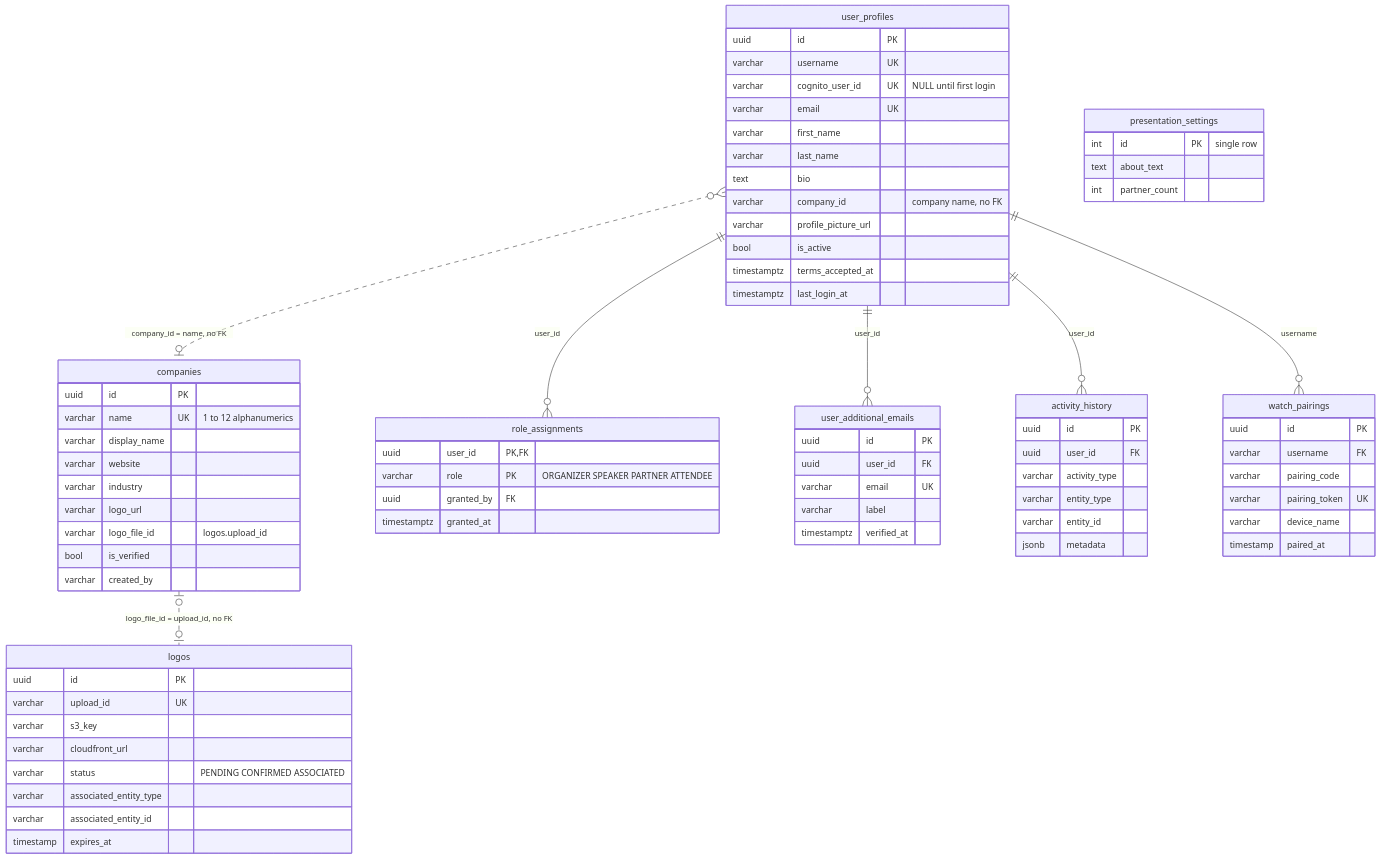
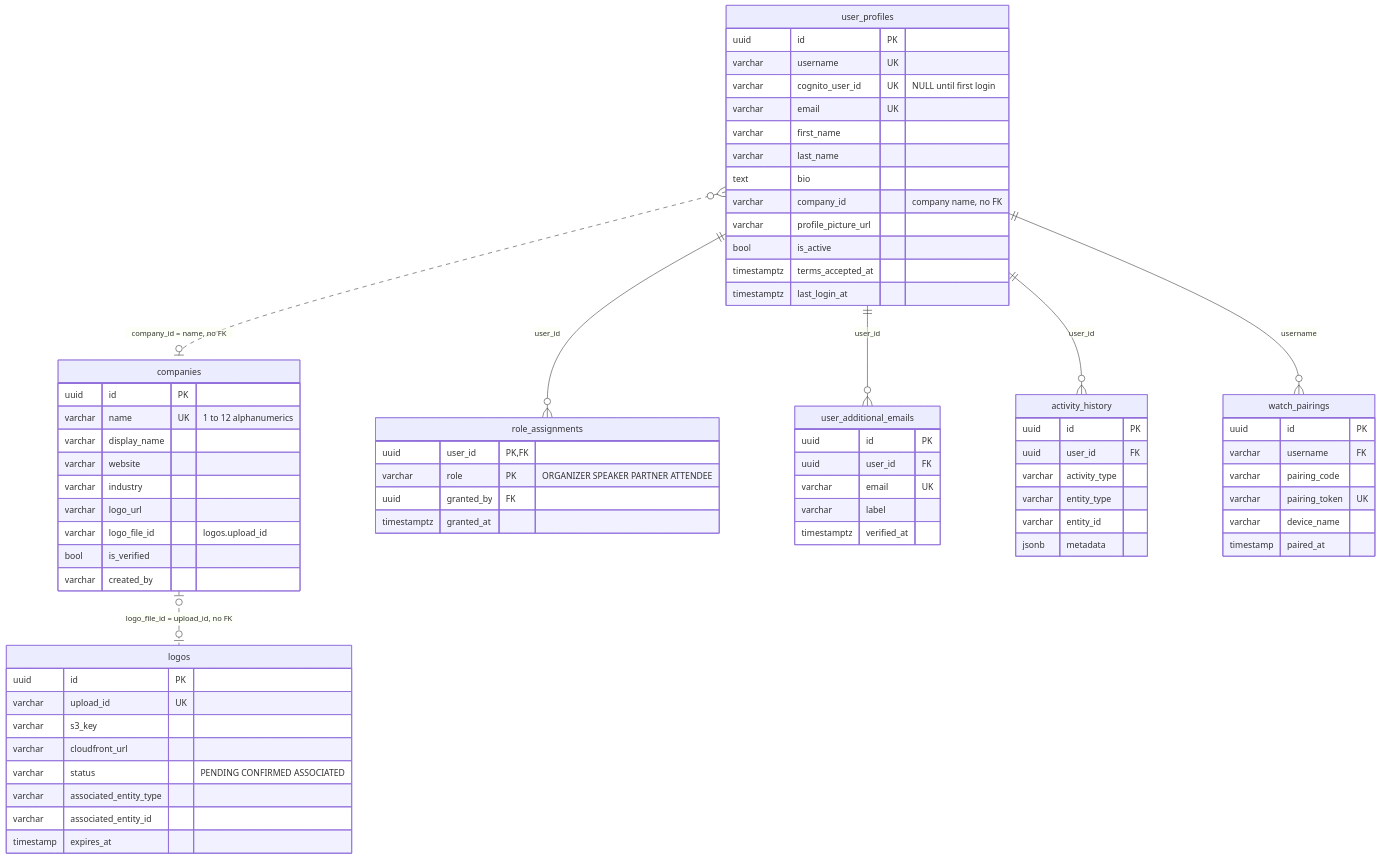
The eighth of 18 diagrams in docs/architecture/03-data-architecture.md (nissimbuchs/BATbern2), drawn with Mermaid before and after one commit. The commit also changed other lines of this file and 421 other files, not shown here.

````diff
--- a/docs/architecture/03-data-architecture.md
+++ b/docs/architecture/03-data-architecture.md
@@ -476,78 +476,73 @@
 ```mermaid
 erDiagram
     companies {
         uuid id PK
         varchar name UK "1 to 12 alphanumerics"
         varchar display_name
         varchar website
         varchar industry
         varchar logo_url
         varchar logo_file_id "logos.upload_id"
         bool is_verified
         varchar created_by
     }
     user_profiles {
         uuid id PK
         varchar username UK
         varchar cognito_user_id UK "NULL until first login"
         varchar email UK
         varchar first_name
         varchar last_name
         text bio
         varchar company_id "company name, no FK"
         varchar profile_picture_url
         bool is_active
         timestamptz terms_accepted_at
         timestamptz last_login_at
     }
     role_assignments {
         uuid user_id PK, FK
         varchar role PK "ORGANIZER SPEAKER PARTNER ATTENDEE"
         uuid granted_by FK
         timestamptz granted_at
     }
     user_additional_emails {
         uuid id PK
         uuid user_id FK
         varchar email UK
         varchar label
         timestamptz verified_at
     }
     activity_history {
         uuid id PK
         uuid user_id FK
         varchar activity_type
         varchar entity_type
         varchar entity_id
         jsonb metadata
     }
     watch_pairings {
         uuid id PK
         varchar username FK
         varchar pairing_code
         varchar pairing_token UK
         varchar device_name
         timestamp paired_at
     }
     logos {
         uuid id PK
         varchar upload_id UK
         varchar s3_key
         varchar cloudfront_url
         varchar status "PENDING CONFIRMED ASSOCIATED"
         varchar associated_entity_type
         varchar associated_entity_id
         timestamp expires_at
     }
-    presentation_settings {
-        int id PK "single row"
-        text about_text
-        int partner_count
-    }
     user_profiles ||--o{ role_assignments : "user_id"
     user_profiles ||--o{ user_additional_emails : "user_id"
     user_profiles ||--o{ activity_history : "user_id"
     user_profiles ||--o{ watch_pairings : "username"
     user_profiles }o..o| companies : "company_id = name, no FK"
     companies |o..o| logos : "logo_file_id = upload_id, no FK"
 ```
````
